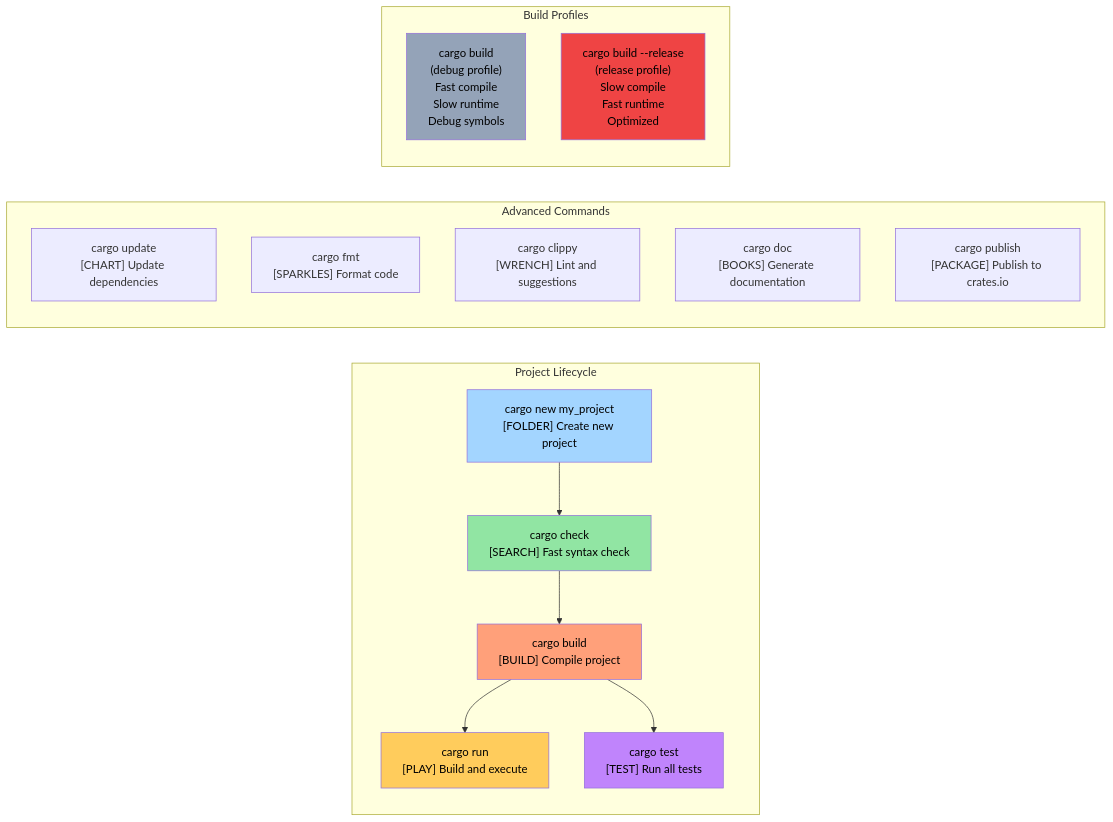
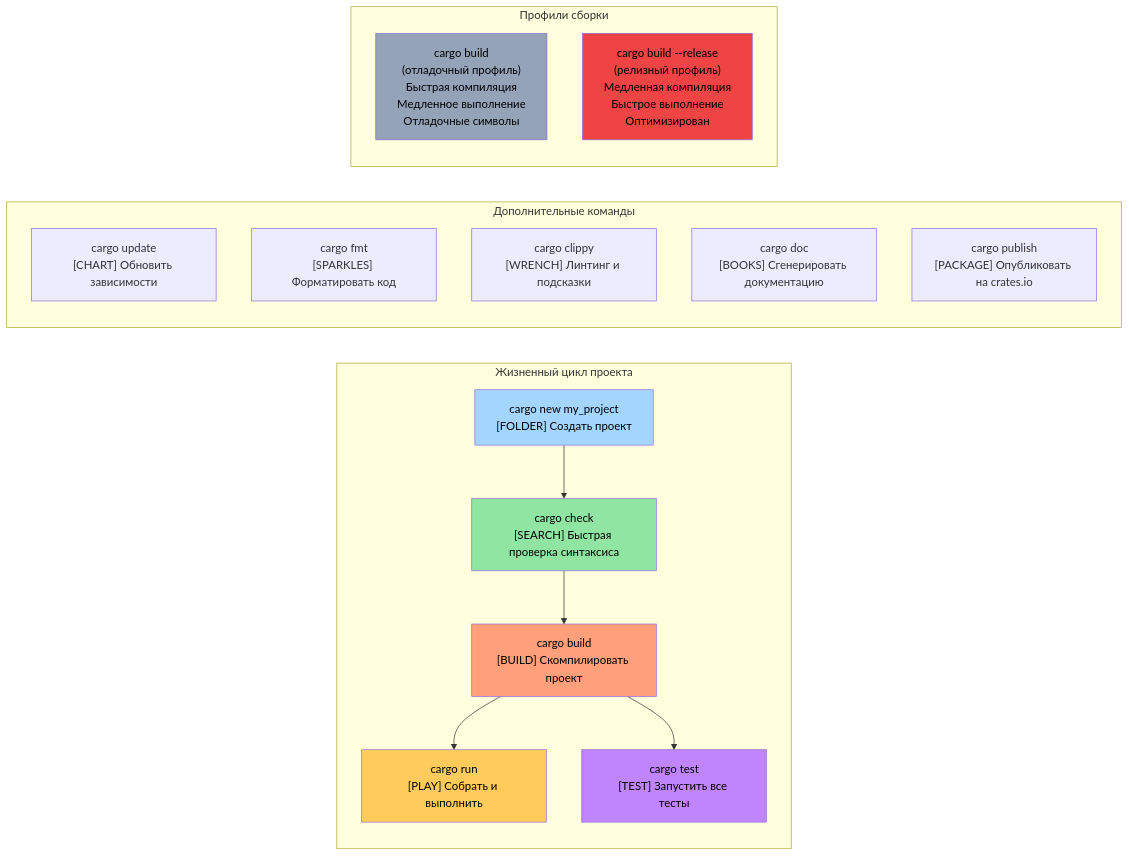
The second of 2 diagrams in c-cpp-book/src/ch02-getting-started.md (r007/RustTraining-Rus), drawn with Mermaid before and after one commit. The commit also changed other lines of this file and 21 other files, not shown here.

````diff
--- a/c-cpp-book/src/ch02-getting-started.md
+++ b/c-cpp-book/src/ch02-getting-started.md
@@ -122,36 +122,36 @@
 ```mermaid
 graph LR
-    subgraph "Project Lifecycle"
-        NEW["cargo new my_project<br/>[FOLDER] Create new project"]
-        CHECK["cargo check<br/>[SEARCH] Fast syntax check"]
-        BUILD["cargo build<br/>[BUILD] Compile project"]
-        RUN["cargo run<br/>[PLAY] Build and execute"]
-        TEST["cargo test<br/>[TEST] Run all tests"]
+    subgraph "Жизненный цикл проекта"
+        NEW["cargo new my_project<br/>[FOLDER] Создать проект"]
+        CHECK["cargo check<br/>[SEARCH] Быстрая проверка синтаксиса"]
+        BUILD["cargo build<br/>[BUILD] Скомпилировать проект"]
+        RUN["cargo run<br/>[PLAY] Собрать и выполнить"]
+        TEST["cargo test<br/>[TEST] Запустить все тесты"]
         
         NEW --> CHECK
         CHECK --> BUILD
         BUILD --> RUN
         BUILD --> TEST
     end
     
-    subgraph "Advanced Commands"
-        UPDATE["cargo update<br/>[CHART] Update dependencies"]
-        FORMAT["cargo fmt<br/>[SPARKLES] Format code"]
-        LINT["cargo clippy<br/>[WRENCH] Lint and suggestions"]
-        DOC["cargo doc<br/>[BOOKS] Generate documentation"]
-        PUBLISH["cargo publish<br/>[PACKAGE] Publish to crates.io"]
+    subgraph "Дополнительные команды"
+        UPDATE["cargo update<br/>[CHART] Обновить зависимости"]
+        FORMAT["cargo fmt<br/>[SPARKLES] Форматировать код"]
+        LINT["cargo clippy<br/>[WRENCH] Линтинг и подсказки"]
+        DOC["cargo doc<br/>[BOOKS] Сгенерировать документацию"]
+        PUBLISH["cargo publish<br/>[PACKAGE] Опубликовать на crates.io"]
     end
     
-    subgraph "Build Profiles"
-        DEBUG["cargo build<br/>(debug profile)<br/>Fast compile<br/>Slow runtime<br/>Debug symbols"]
-        RELEASE["cargo build --release<br/>(release profile)<br/>Slow compile<br/>Fast runtime<br/>Optimized"]
+    subgraph "Профили сборки"
+        DEBUG["cargo build<br/>(отладочный профиль)<br/>Быстрая компиляция<br/>Медленное выполнение<br/>Отладочные символы"]
+        RELEASE["cargo build --release<br/>(релизный профиль)<br/>Медленная компиляция<br/>Быстрое выполнение<br/>Оптимизирован"]
     end
     
     style NEW fill:#a3d5ff,color:#000
     style CHECK fill:#91e5a3,color:#000
     style BUILD fill:#ffa07a,color:#000
     style RUN fill:#ffcc5c,color:#000
     style TEST fill:#c084fc,color:#000
     style DEBUG fill:#94a3b8,color:#000
     style RELEASE fill:#ef4444,color:#000
 ```
````
